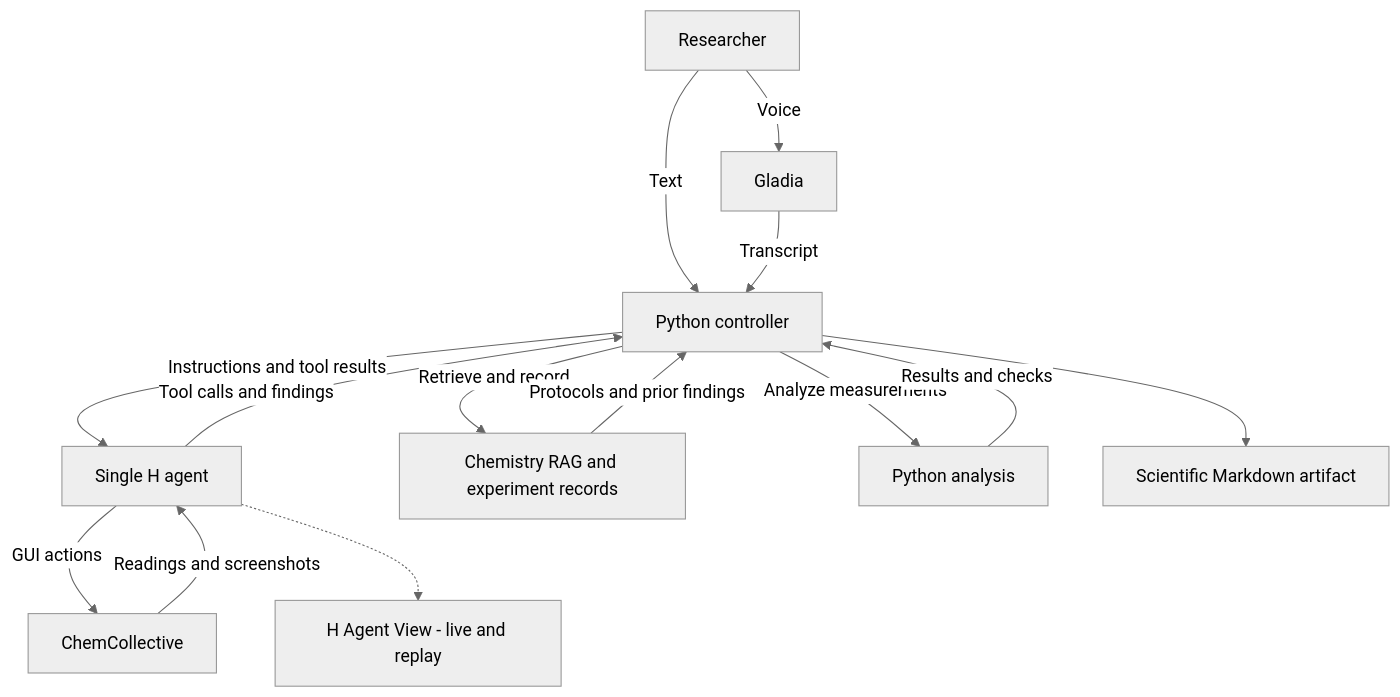
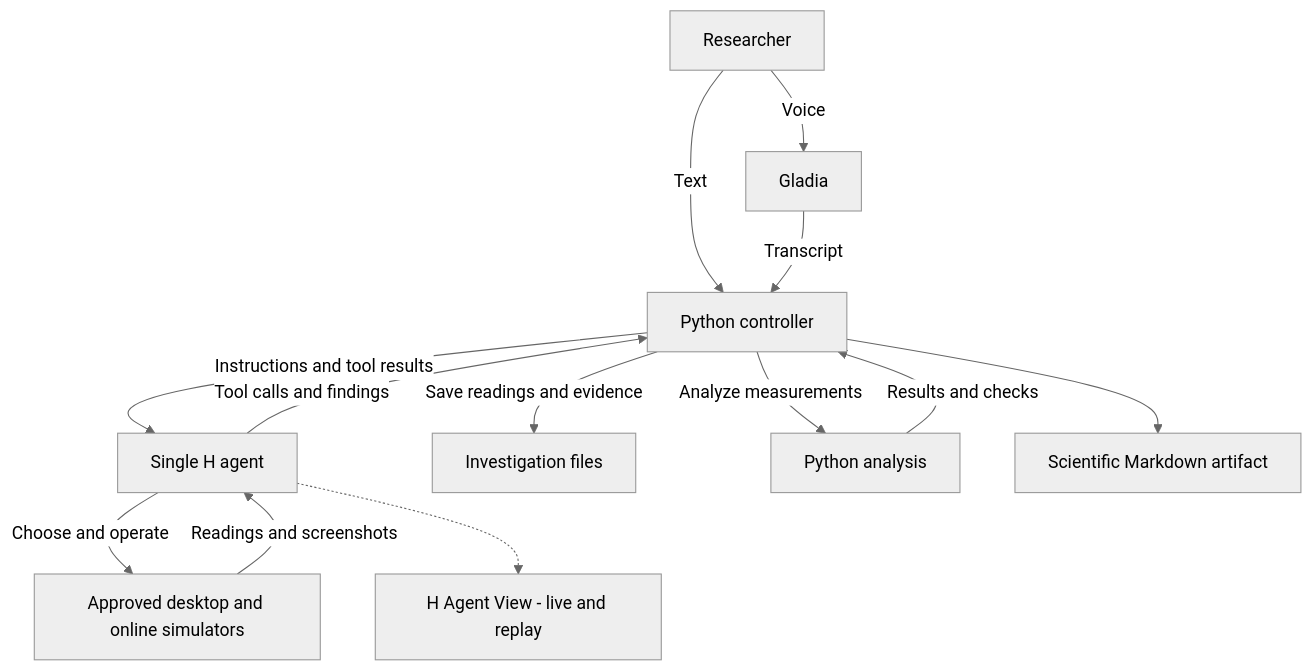
One commit to dirdr/Jesse changed the diagram in AGENT.md. Above: the diagram before and after it, drawn with Mermaid (neutral theme). The commit also changed other lines of this file, not shown here.

Commit message:
docs: define demo scenarios and NetLogo desktop milestone

````diff
--- a/AGENT.md
+++ b/AGENT.md
@@ -43,16 +67,15 @@
 ```mermaid
 flowchart TD
     U[Researcher] -->|Voice| G[Gladia]
     U -->|Text| B[Python controller]
     G -->|Transcript| B
     B -->|Instructions and tool results| H[Single H agent]
     H -->|Tool calls and findings| B
-    H -->|GUI actions| C[ChemCollective]
+    H -->|Choose and operate| C[Approved desktop and online simulators]
     C -->|Readings and screenshots| H
-    B -->|Retrieve and record| R[Chemistry RAG and experiment records]
-    R -->|Protocols and prior findings| B
+    B -->|Save readings and evidence| R[Investigation files]
     B -->|Analyze measurements| P[Python analysis]
     P -->|Results and checks| B
     B --> O[Scientific Markdown artifact]
     H -.-> V[H Agent View - live and replay]
 ```
````
